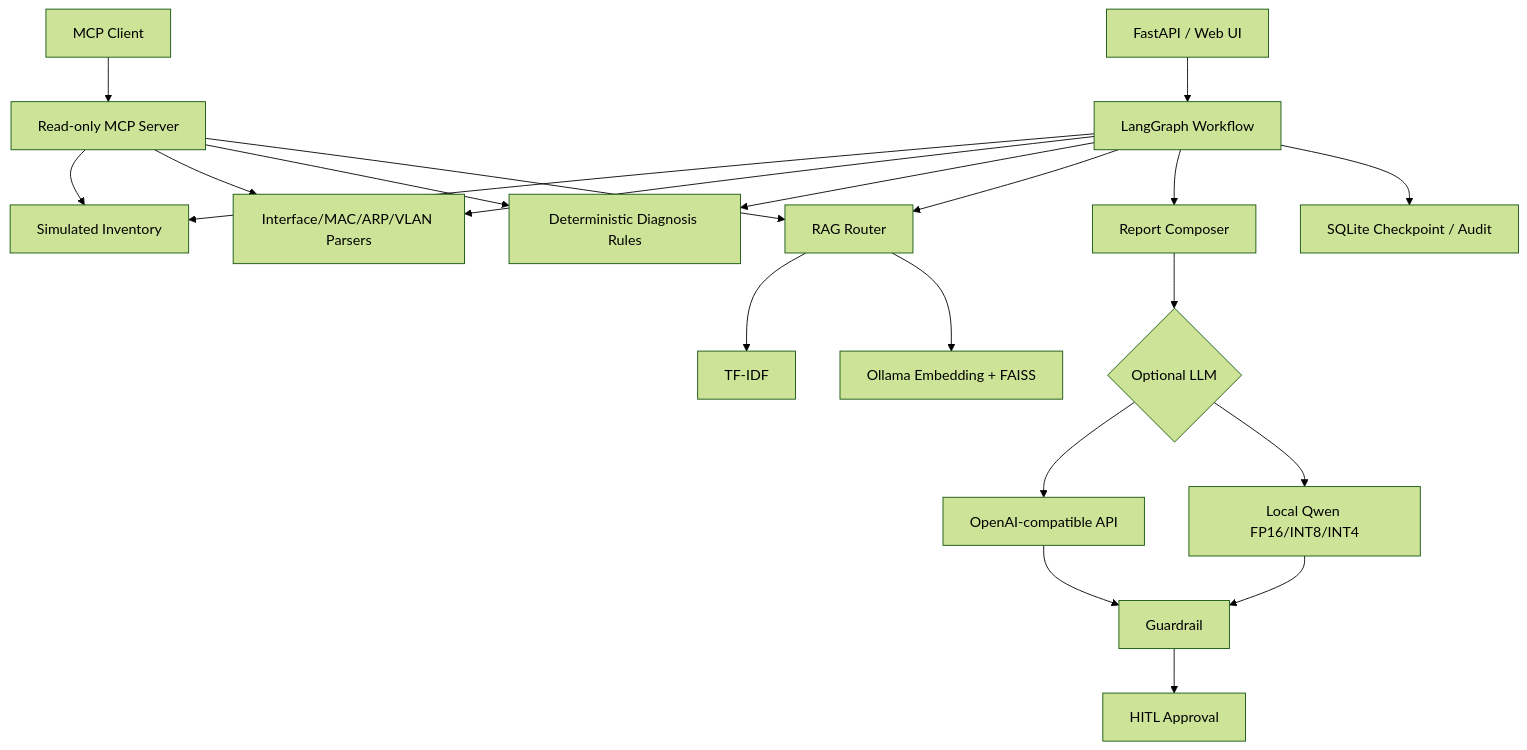
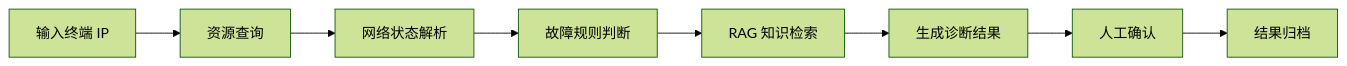
Before and after one commit to 114514assa/telecom-netops-ai-agent: the diagram in README.md, drawn with Mermaid (forest theme). The commit also changed other lines of this file, not shown here.

````diff
--- a/README.md
+++ b/README.md
@@ -19,23 +21,10 @@
 ```mermaid
-flowchart TD
-    A[FastAPI / Web UI] --> B[LangGraph Workflow]
-    B --> C[Simulated Inventory]
-    B --> D[Interface/MAC/ARP/VLAN Parsers]
-    B --> E[Deterministic Diagnosis Rules]
-    B --> F[RAG Router]
-    F --> F1[TF-IDF]
-    F --> F2[Ollama Embedding + FAISS]
-    B --> G[Report Composer]
-    G --> H{Optional LLM}
-    H --> H1[OpenAI-compatible API]
-    H --> H2[Local Qwen FP16/INT8/INT4]
-    H1 --> I[Guardrail]
-    H2 --> I
-    I --> J[HITL Approval]
-    B --> K[SQLite Checkpoint / Audit]
-    L[MCP Client] --> M[Read-only MCP Server]
-    M --> C
-    M --> D
-    M --> E
-    M --> F
+flowchart LR
+    A[输入终端 IP] --> B[资源查询]
+    B --> C[网络状态解析]
+    C --> D[故障规则判断]
+    D --> E[RAG 知识检索]
+    E --> F[生成诊断结果]
+    F --> G[人工确认]
+    G --> H[结果归档]
 ```
````
